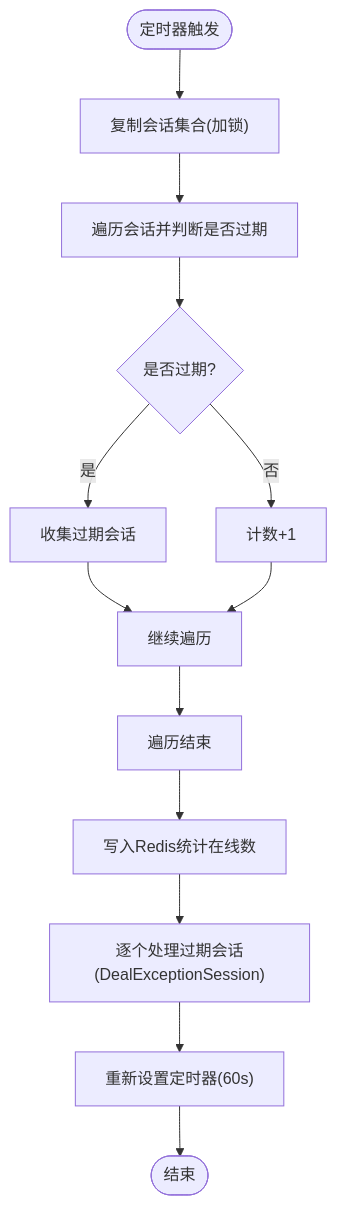
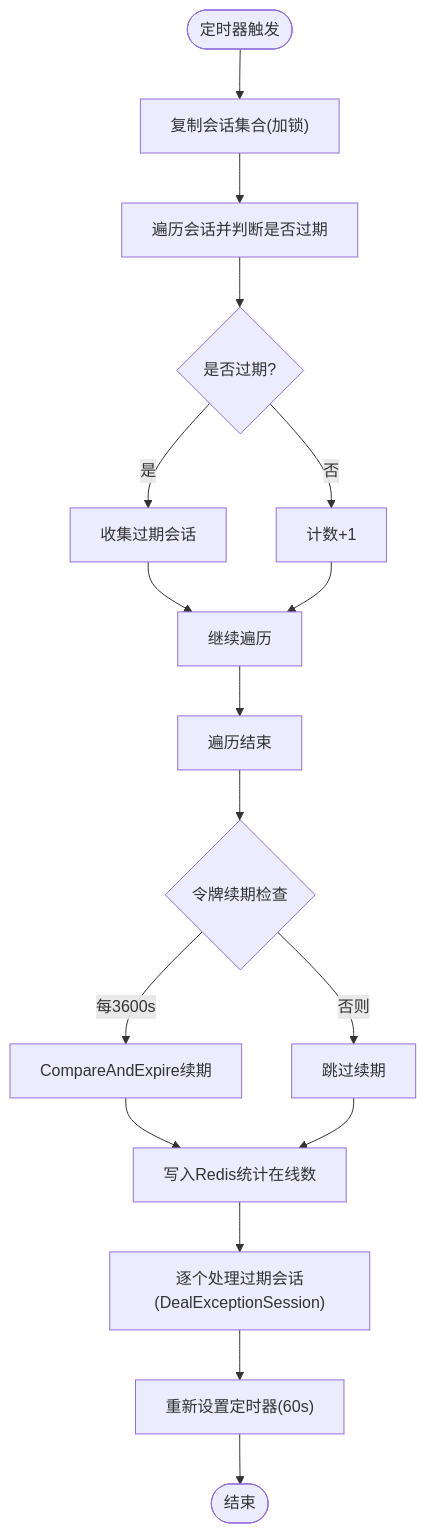
Before and after one commit to echo9923/mychatter: the fourth of 9 diagrams in .qoder/repowiki/zh/content/服务端开发/ChatServer聊天核心服务/会话管理/心跳检测机制.md, drawn with Mermaid. The commit also changed other lines of this file and 107 other files, not shown here.

````diff
--- a/.qoder/repowiki/zh/content/服务端开发/ChatServer聊天核心服务/会话管理/心跳检测机制.md
+++ b/.qoder/repowiki/zh/content/服务端开发/ChatServer聊天核心服务/会话管理/心跳检测机制.md
@@ -152,15 +179,19 @@
 ```mermaid
 flowchart TD
 Start(["定时器触发"]) --> CopySessions["复制会话集合(加锁)"]
 CopySessions --> Iterate["遍历会话并判断是否过期"]
 Iterate --> Expired{"是否过期?"}
 Expired --> |是| Collect["收集过期会话"]
 Expired --> |否| Count["计数+1"]
 Collect --> NextIter["继续遍历"]
 Count --> NextIter
 NextIter --> DoneIter["遍历结束"]
-DoneIter --> WriteCount["写入Redis统计在线数"]
+DoneIter --> TokenRefresh{"令牌续期检查"}
+TokenRefresh --> |每3600s| RefreshTokens["CompareAndExpire续期"]
+TokenRefresh --> |否则| SkipRefresh["跳过续期"]
+RefreshTokens --> WriteCount["写入Redis统计在线数"]
+SkipRefresh --> WriteCount
 WriteCount --> HandleExpired["逐个处理过期会话(DealExceptionSession)"]
 HandleExpired --> Reschedule["重新设置定时器(60s)"]
 Reschedule --> End(["结束"])
 ```
````
